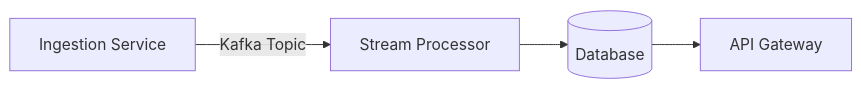
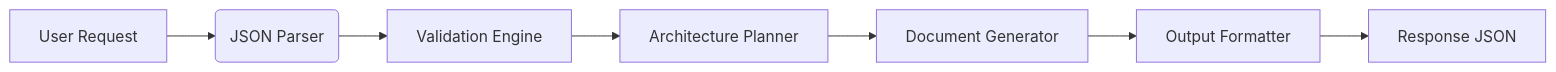
One commit to DelaaReda/app-finance-previsions changed the diagram in agent-stack-oss/docs/dev/ARCHITECTURE_INTEGRATION_PLAN.md. Above: the diagram before and after it, drawn with Mermaid. The commit also changed other lines of this file and 6 other files, not shown here.

````diff
--- a/agent-stack-oss/docs/dev/ARCHITECTURE_INTEGRATION_PLAN.md
+++ b/agent-stack-oss/docs/dev/ARCHITECTURE_INTEGRATION_PLAN.md
@@ -20,6 +41,9 @@
 ```mermaid
 graph LR
-  A[Ingestion Service] -->|Kafka Topic| B[Stream Processor]
-  B --> C[(Database)]
-  C --> D[API Gateway]
+A[User Request] --> B(JSON Parser)
+B --> C[Validation Engine]
+C --> D[Architecture Planner]
+D --> E[Document Generator]
+E --> F[Output Formatter]
+F --> G[Response JSON]
 ```
````
